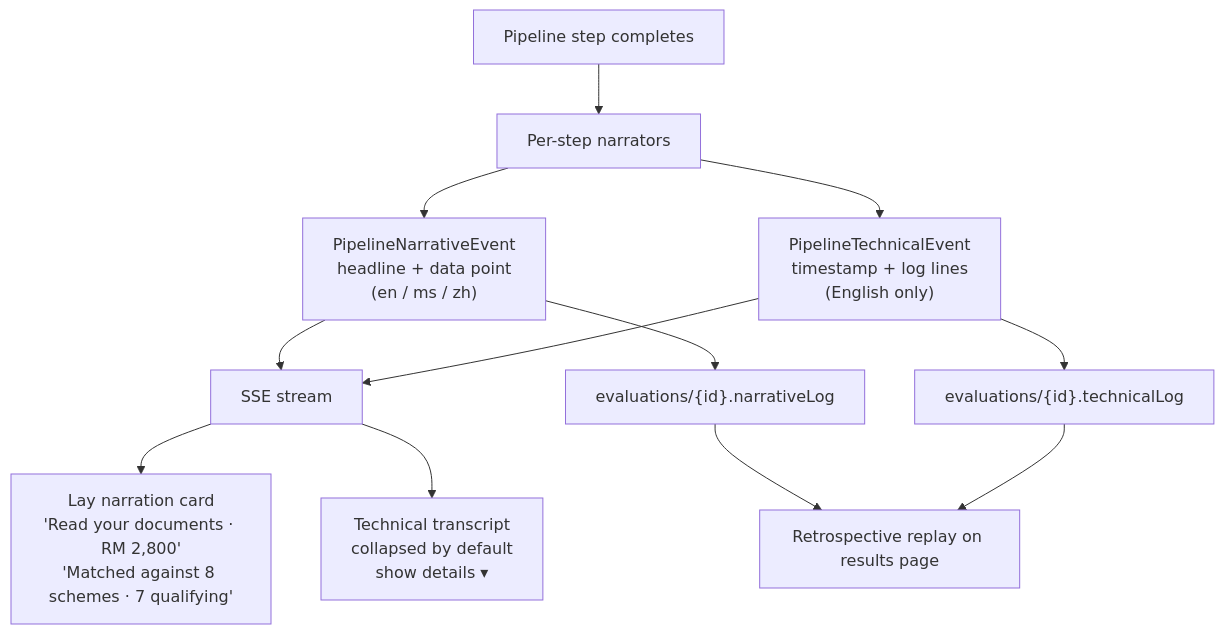
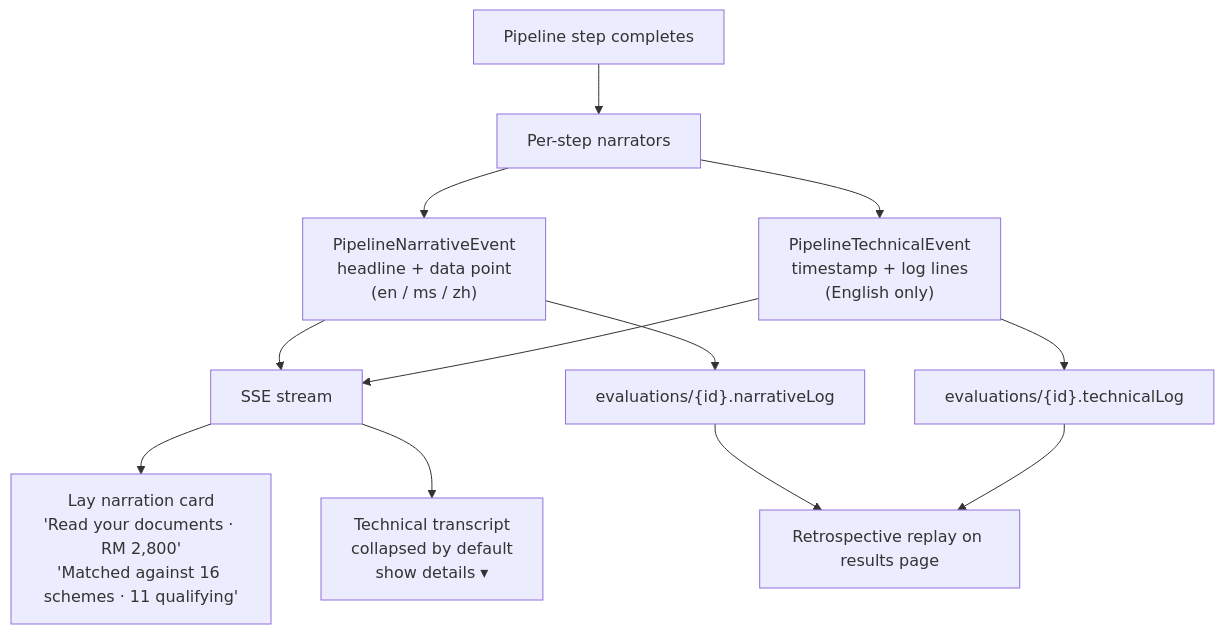
One commit to AlaskanTuna/Layak changed the eighth of 8 diagrams in README.md. Above: the diagram before and after it, drawn with Mermaid. The commit also changed 17 other files, not shown here.

````diff
--- a/README.md
+++ b/README.md
@@ -298,14 +298,14 @@
 ```mermaid
 flowchart TD
     Step[Pipeline step completes] --> Narrate[Per-step narrators]
     Narrate --> Tier1["PipelineNarrativeEvent<br/>headline + data point<br/>(en / ms / zh)"]
     Narrate --> Tier2["PipelineTechnicalEvent<br/>timestamp + log lines<br/>(English only)"]
     Tier1 --> SSE[SSE stream]
     Tier2 --> SSE
-    SSE --> Lay["Lay narration card<br/>'Read your documents · RM 2,800'<br/>'Matched against 8 schemes · 7 qualifying'"]
+    SSE --> Lay["Lay narration card<br/>'Read your documents · RM 2,800'<br/>'Matched against 16 schemes · 11 qualifying'"]
     SSE --> Tech["Technical transcript<br/>collapsed by default<br/>show details ▾"]
     Tier1 --> Firestore["evaluations/{id}.narrativeLog"]
     Tier2 --> Firestore2["evaluations/{id}.technicalLog"]
     Firestore --> Replay[Retrospective replay on results page]
     Firestore2 --> Replay
 ```
````
